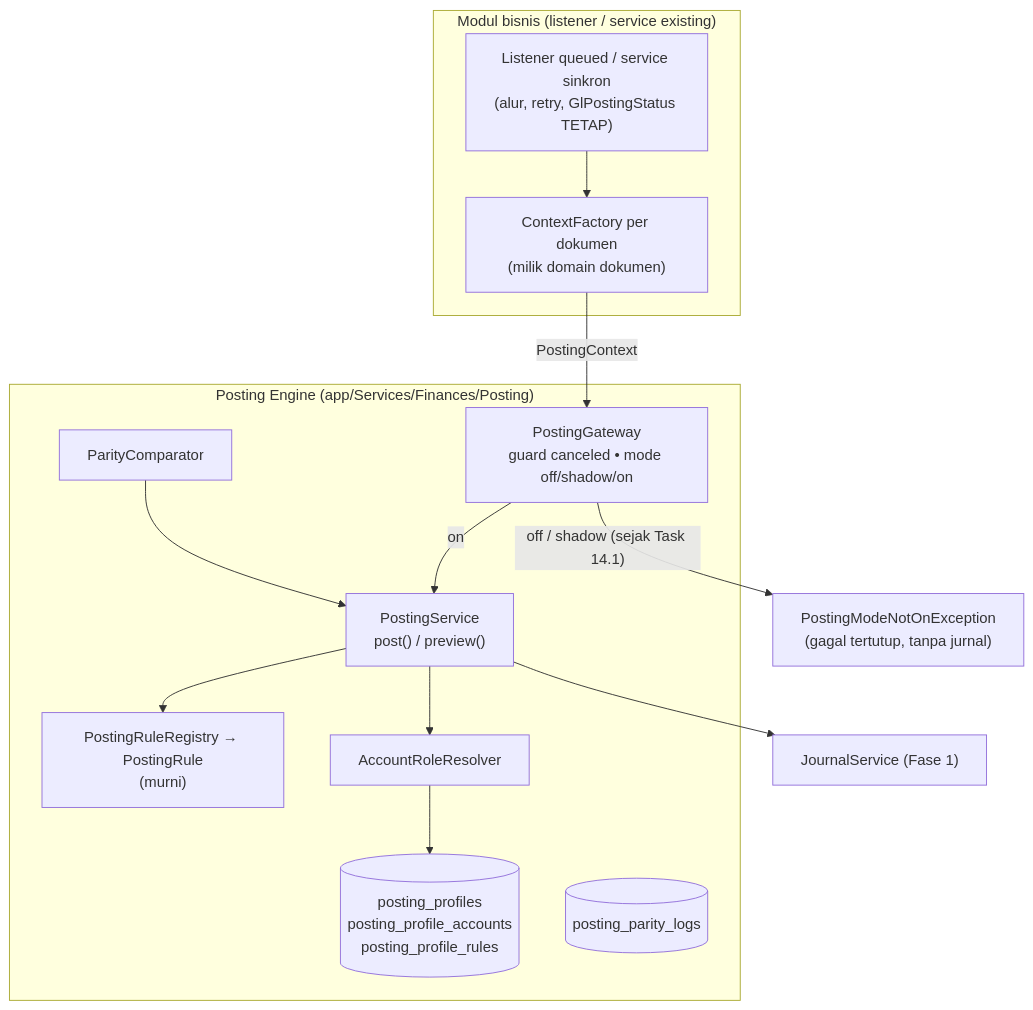
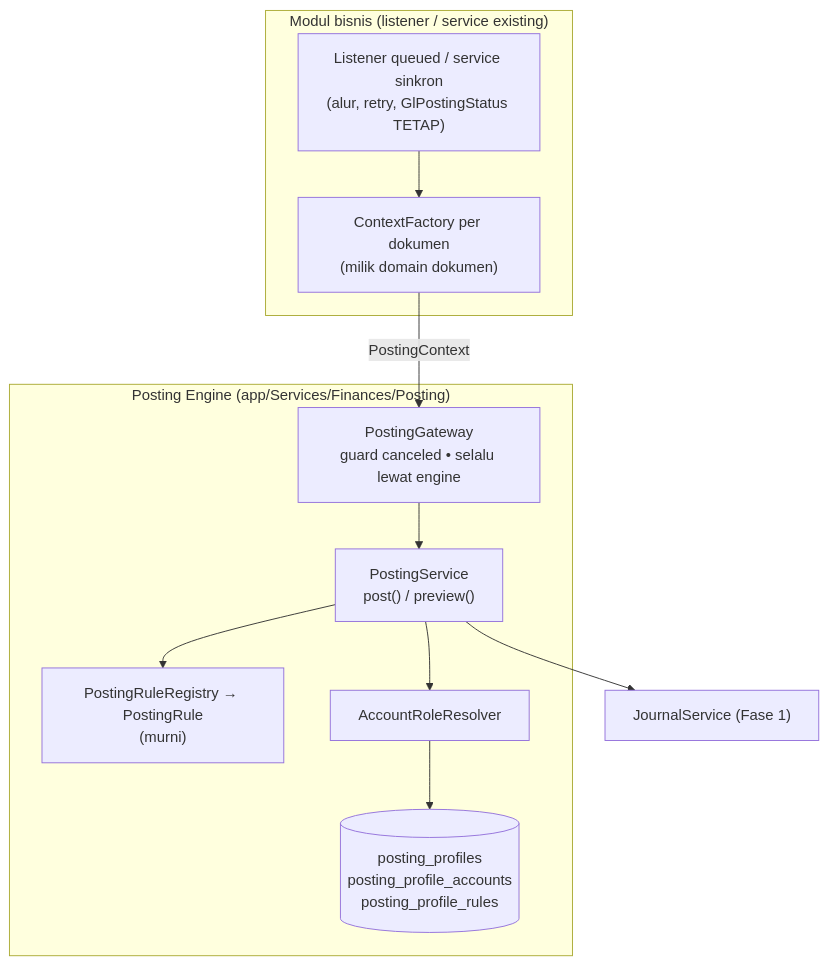
One commit to RimbunCode/erp_pataya changed the diagram in .kiro/specs/finance-p2-posting-engine/design.md. Above: the diagram before and after it, drawn with Mermaid. The commit also changed other lines of this file and 27 other files, not shown here.

First line of the commit message:
feat(finance-p2): Q-P2-23 hapus mode off/shadow (frontend dan spek)

````diff
--- a/.kiro/specs/finance-p2-posting-engine/design.md
+++ b/.kiro/specs/finance-p2-posting-engine/design.md
@@ -25,24 +25,20 @@
 ```mermaid
 flowchart TD
     subgraph MOD["Modul bisnis (listener / service existing)"]
         LF["ContextFactory per dokumen<br/>(milik domain dokumen)"]
         LN["Listener queued / service sinkron<br/>(alur, retry, GlPostingStatus TETAP)"]
     end
     LN --> LF
     LF -->|PostingContext| GW
     subgraph ENG["Posting Engine (app/Services/Finances/Posting)"]
-        GW["PostingGateway<br/>guard canceled • mode off/shadow/on"]
+        GW["PostingGateway<br/>guard canceled • selalu lewat engine"]
         PS["PostingService<br/>post() / preview()"]
         RR["PostingRuleRegistry → PostingRule<br/>(murni)"]
         AR["AccountRoleResolver"]
         PP[("posting_profiles<br/>posting_profile_accounts<br/>posting_profile_rules")]
-        CMP["ParityComparator"]
-        PL[("posting_parity_logs")]
-        GW -->|on| PS
-        CMP --> PS
+        GW --> PS
         PS --> RR
         PS --> AR --> PP
     end
-    GW -->|"off / shadow (sejak Task 14.1)"| FAIL["PostingModeNotOnException<br/>(gagal tertutup, tanpa jurnal)"]
     PS --> JS["JournalService (Fase 1)"]
 ```
````
